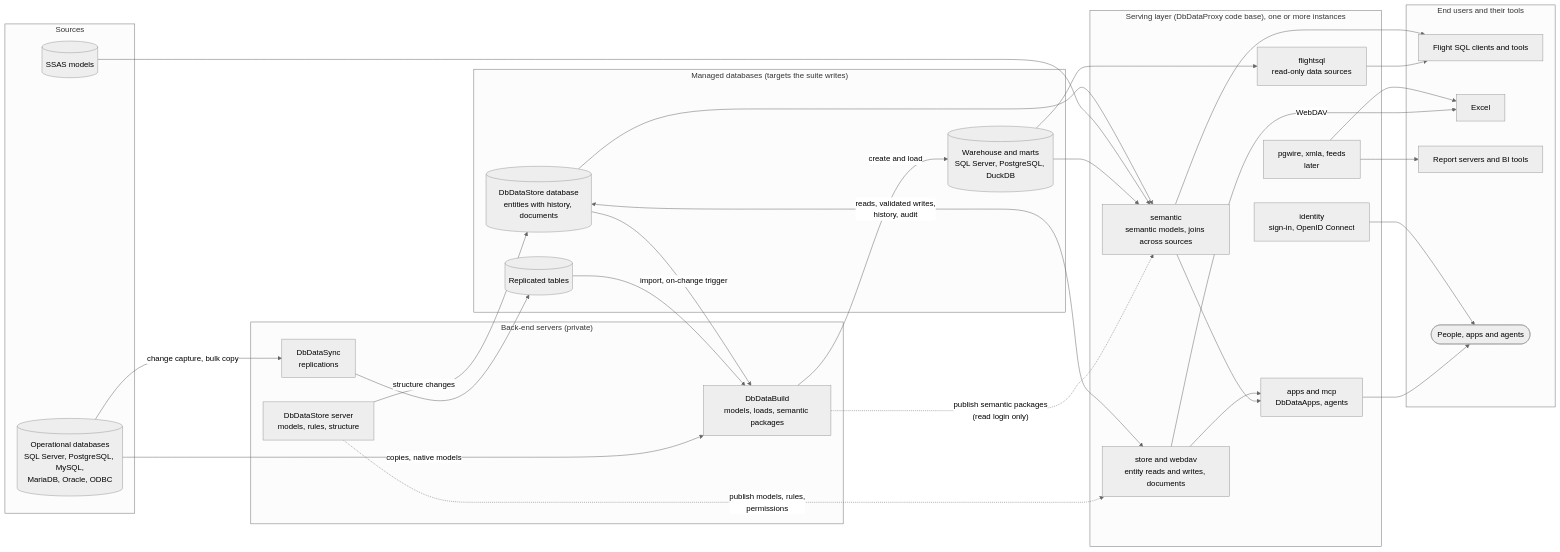
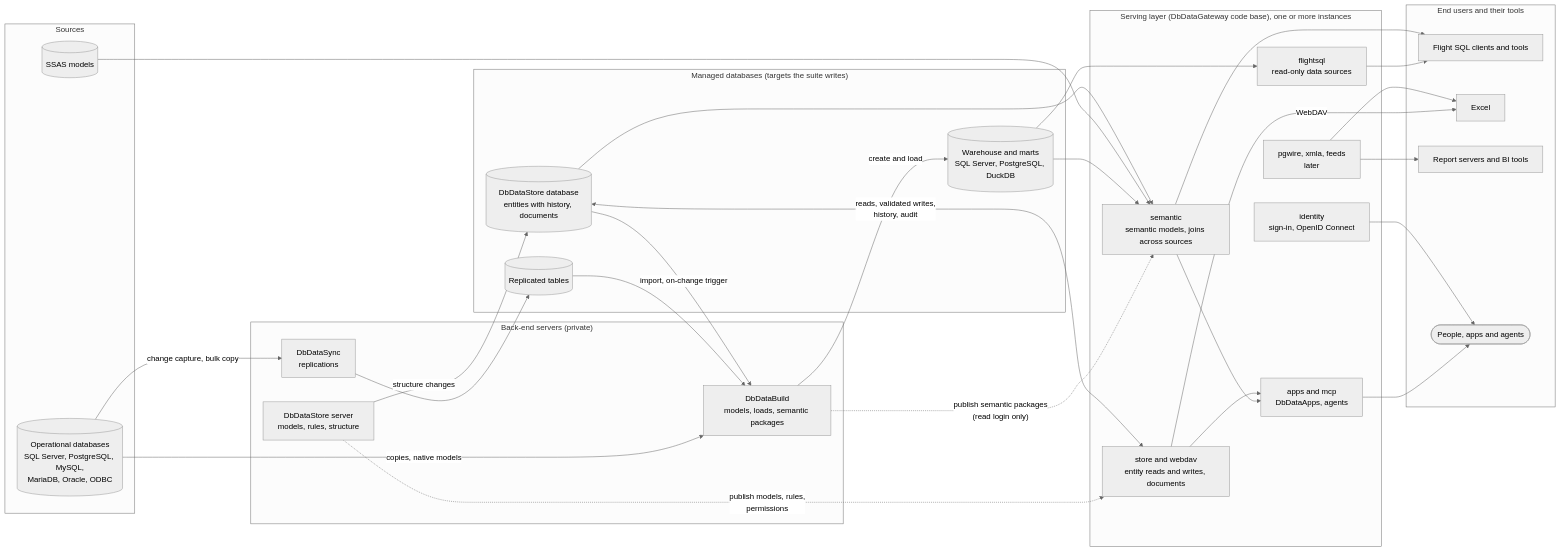
The first of 2 diagrams in docs/suite-data-flow.md (DbDataSync/DbDataKit), drawn with Mermaid (neutral theme) before and after one commit. The commit also changed 889 other files, not shown here.

````diff
--- a/docs/suite-data-flow.md
+++ b/docs/suite-data-flow.md
@@ -9,62 +9,62 @@
 ```mermaid
 flowchart LR
     subgraph SRC["Sources"]
         SDB[("Operational databases<br/>SQL Server, PostgreSQL, MySQL,<br/>MariaDB, Oracle, ODBC")]
         SSAS[("SSAS models")]
     end
 
     subgraph BACK["Back-end servers (private)"]
         REP["DbDataSync<br/>replications"]
         MODELS["DbDataBuild<br/>models, loads, semantic packages"]
         STOREDEF["DbDataStore server<br/>models, rules, structure"]
     end
 
     subgraph MANAGED["Managed databases (targets the suite writes)"]
         STAGE[("Replicated tables")]
         WH[("Warehouse and marts<br/>SQL Server, PostgreSQL, DuckDB")]
         ENT[("DbDataStore database<br/>entities with history, documents")]
     end
 
-    subgraph EDGE["Serving layer (DbDataProxy code base), one or more instances"]
+    subgraph EDGE["Serving layer (DbDataGateway code base), one or more instances"]
         DS["flightsql<br/>read-only data sources"]
         SEM["semantic<br/>semantic models, joins across sources"]
         STOREMOD["store and webdav<br/>entity reads and writes, documents"]
         APPSMOD["apps and mcp<br/>DbDataApps, agents"]
         IDMOD["identity<br/>sign-in, OpenID Connect"]
         LATER["pgwire, xmla, feeds<br/>later"]
     end
 
     subgraph USE["End users and their tools"]
         CLIENTS["Flight SQL clients and tools"]
         EXCEL["Excel"]
         BI["Report servers and BI tools"]
         PEOPLE(["People, apps and agents"])
     end
 
     SDB -->|"change capture, bulk copy"| REP
     REP --> STAGE
     SDB -->|"copies, native models"| MODELS
     STAGE --> MODELS
     ENT -->|"import, on-change trigger"| MODELS
     MODELS -->|"create and load"| WH
     STOREDEF -->|"structure changes"| ENT
 
     MODELS -.->|"publish semantic packages<br/>(read login only)"| SEM
     STOREDEF -.->|"publish models, rules,<br/>permissions"| STOREMOD
 
     WH --> DS
     WH --> SEM
     SSAS --> SEM
     ENT --> SEM
     ENT <-->|"reads, validated writes,<br/>history, audit"| STOREMOD
 
     DS --> CLIENTS
     SEM --> CLIENTS
     SEM --> APPSMOD
     STOREMOD --> APPSMOD
     STOREMOD -->|"WebDAV"| EXCEL
     LATER --> EXCEL
     LATER --> BI
     APPSMOD --> PEOPLE
     IDMOD --> PEOPLE
 ```
````
